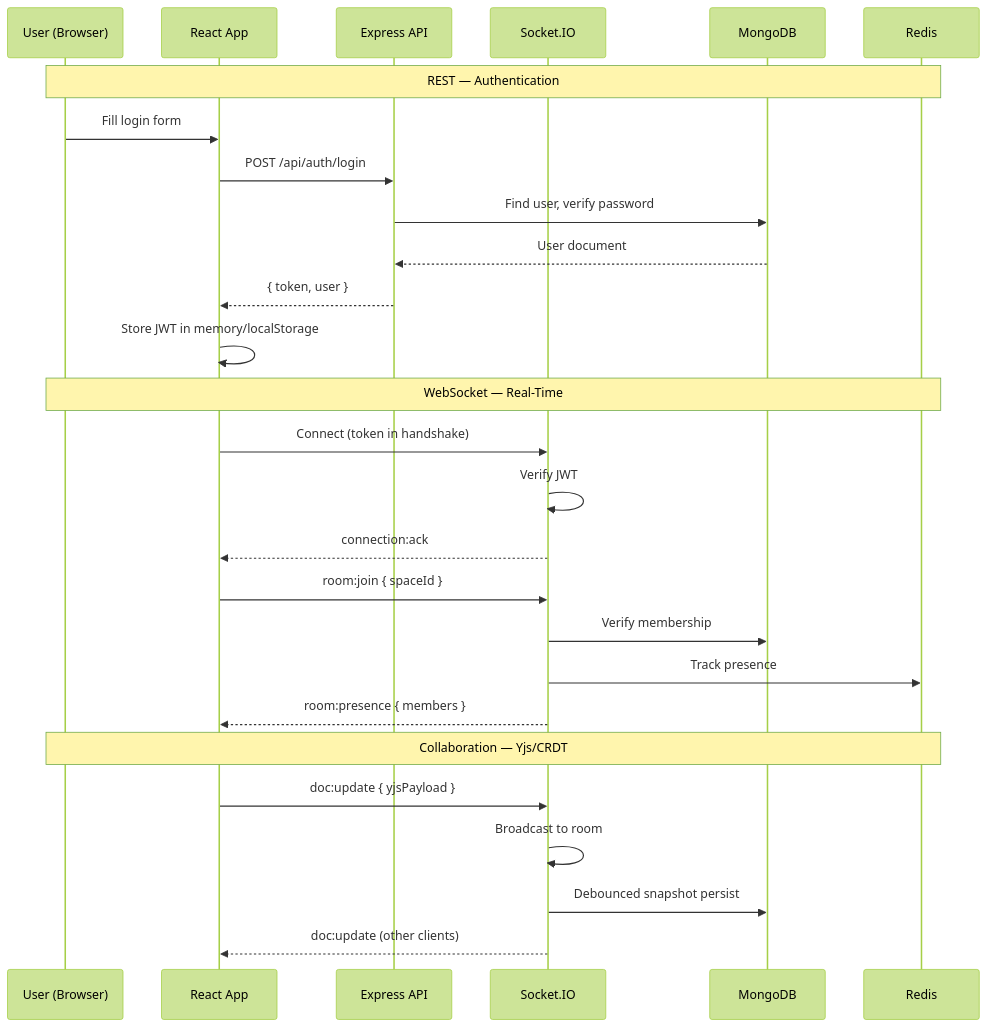
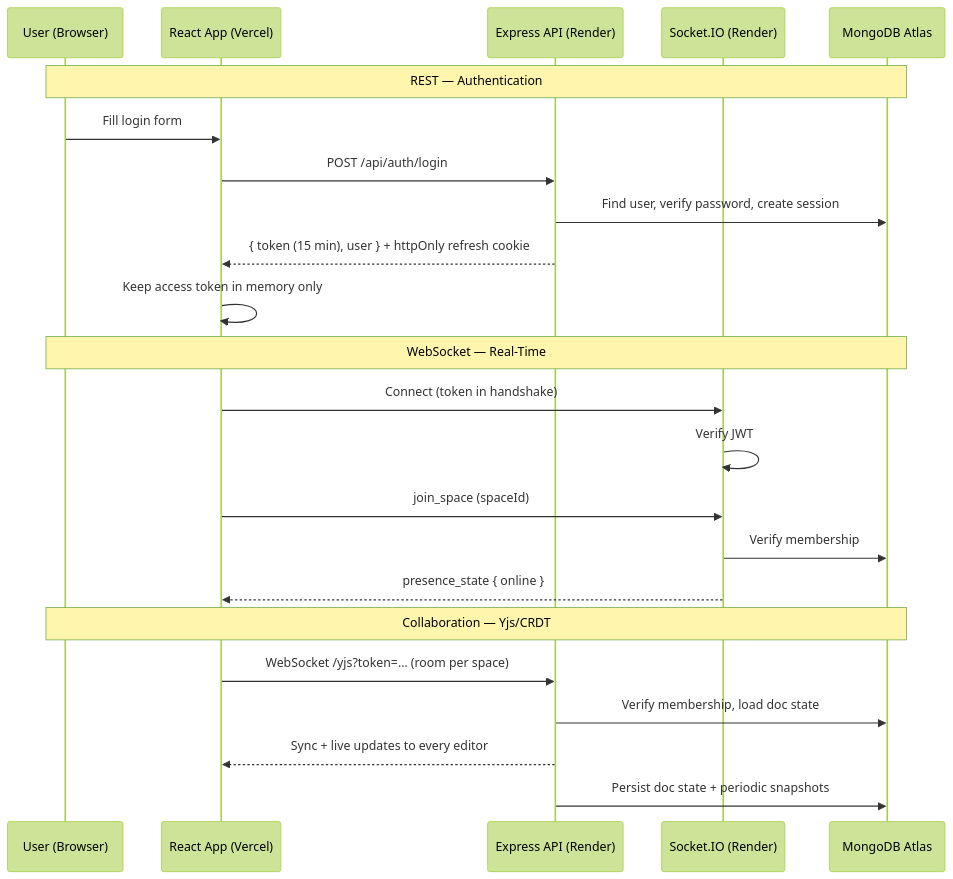
Before and after one commit to Priyansh9506/Hive: the second of 19 diagrams in README.md, drawn with Mermaid (forest theme). The commit also changed other lines of this file and 52 other files, not shown here.

First line of the commit message:
feat: live updates, refresh-token sessions, app theming and responsive workspace

````diff
--- a/README.md
+++ b/README.md
@@ -254,32 +295,28 @@
 ```mermaid
 sequenceDiagram
     participant U as User (Browser)
-    participant R as React App
-    participant E as Express API
-    participant S as Socket.IO
-    participant M as MongoDB
-    participant RD as Redis
+    participant R as React App (Vercel)
+    participant E as Express API (Render)
+    participant S as Socket.IO (Render)
+    participant M as MongoDB Atlas
 
-    Note over U, RD: REST — Authentication
+    Note over U, M: REST — Authentication
     U->>R: Fill login form
     R->>E: POST /api/auth/login
-    E->>M: Find user, verify password
-    M-->>E: User document
-    E-->>R: { token, user }
-    R->>R: Store JWT in memory/localStorage
+    E->>M: Find user, verify password, create session
+    E-->>R: { token (15 min), user } + httpOnly refresh cookie
+    R->>R: Keep access token in memory only
 
-    Note over U, RD: WebSocket — Real-Time
+    Note over U, M: WebSocket — Real-Time
     R->>S: Connect (token in handshake)
     S->>S: Verify JWT
-    S-->>R: connection:ack
-    R->>S: room:join { spaceId }
+    R->>S: join_space (spaceId)
     S->>M: Verify membership
-    S->>RD: Track presence
-    S-->>R: room:presence { members }
+    S-->>R: presence_state { online }
 
-    Note over U, RD: Collaboration — Yjs/CRDT
-    R->>S: doc:update { yjsPayload }
-    S->>S: Broadcast to room
-    S->>M: Debounced snapshot persist
-    S-->>R: doc:update (other clients)
+    Note over U, M: Collaboration — Yjs/CRDT
+    R->>E: WebSocket /yjs?token=… (room per space)
+    E->>M: Verify membership, load doc state
+    E-->>R: Sync + live updates to every editor
+    E->>M: Persist doc state + periodic snapshots
 ```
````
